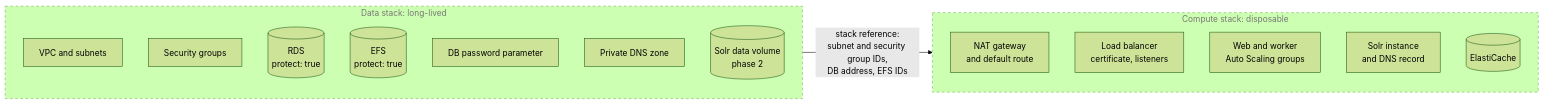
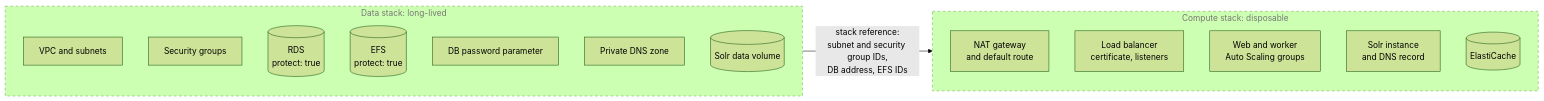
Before and after one commit to seek4science/seek: the fourth of 5 diagrams in docs/pulumi-architecture.md, drawn with Mermaid (forest theme). The commit also changed other lines of this file and 3 other files, not shown here.

First line of the commit message:
Document the durable Solr index and Solr isolation; extend phase 4

````diff
--- a/docs/pulumi-architecture.md
+++ b/docs/pulumi-architecture.md
@@ -180,25 +190,25 @@
 ```mermaid
 flowchart LR
     subgraph data["Data stack: long-lived"]
         vpc["VPC and subnets"]
         sgs["Security groups"]
         rds[("RDS<br/>protect: true")]
         efs[("EFS<br/>protect: true")]
         param["DB password parameter"]
         zone["Private DNS zone"]
-        solrvol[("Solr data volume<br/>phase 2")]
+        solrvol[("Solr data volume")]
     end
 
     subgraph compute["Compute stack: disposable"]
         nat["NAT gateway<br/>and default route"]
         alb["Load balancer<br/>certificate, listeners"]
         groups["Web and worker<br/>Auto Scaling groups"]
         solr["Solr instance<br/>and DNS record"]
         redis[("ElastiCache")]
     end
 
     data -- "stack reference:<br/>subnet and security group IDs,<br/>DB address, EFS IDs" --> compute
 
     classDef planned stroke-dasharray:5 5,color:#777
     class data,compute planned
 ```
````
